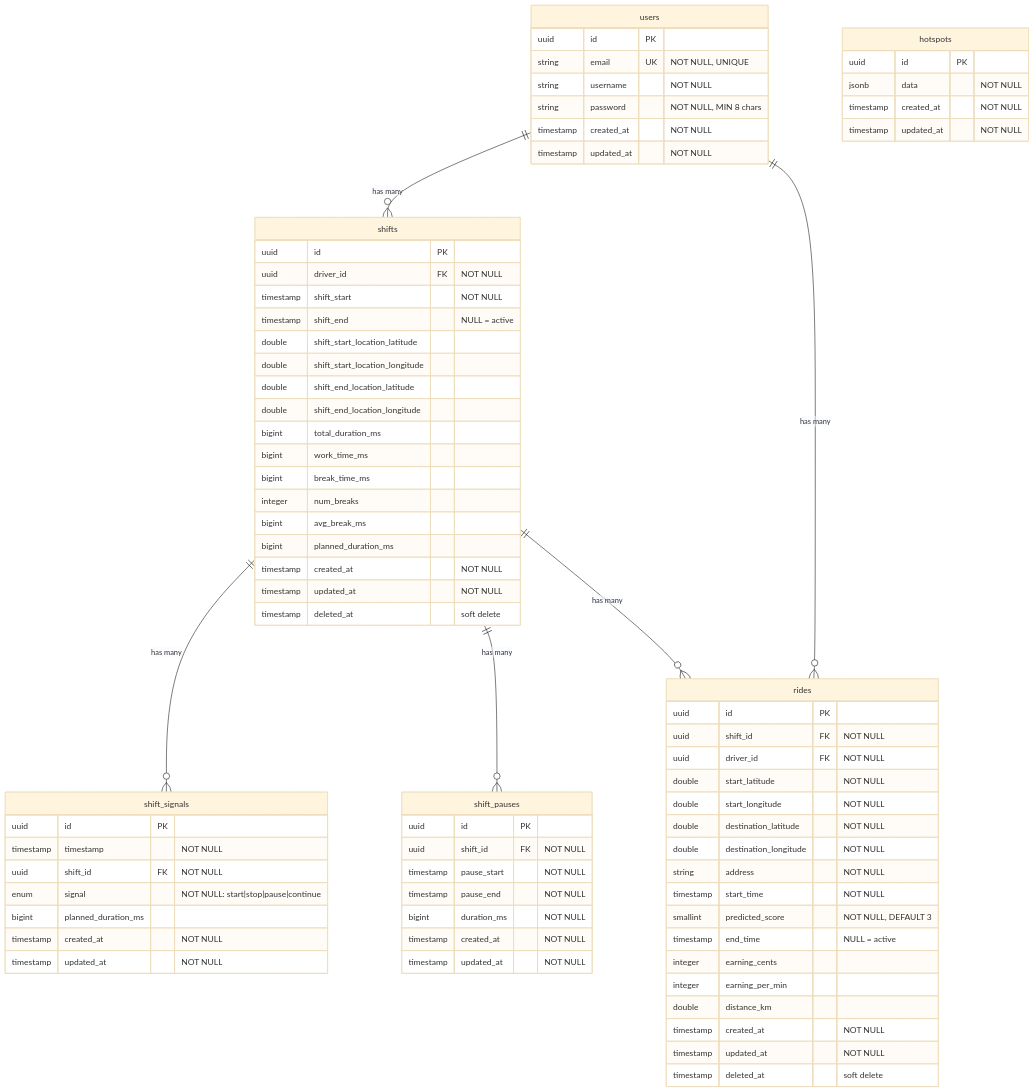
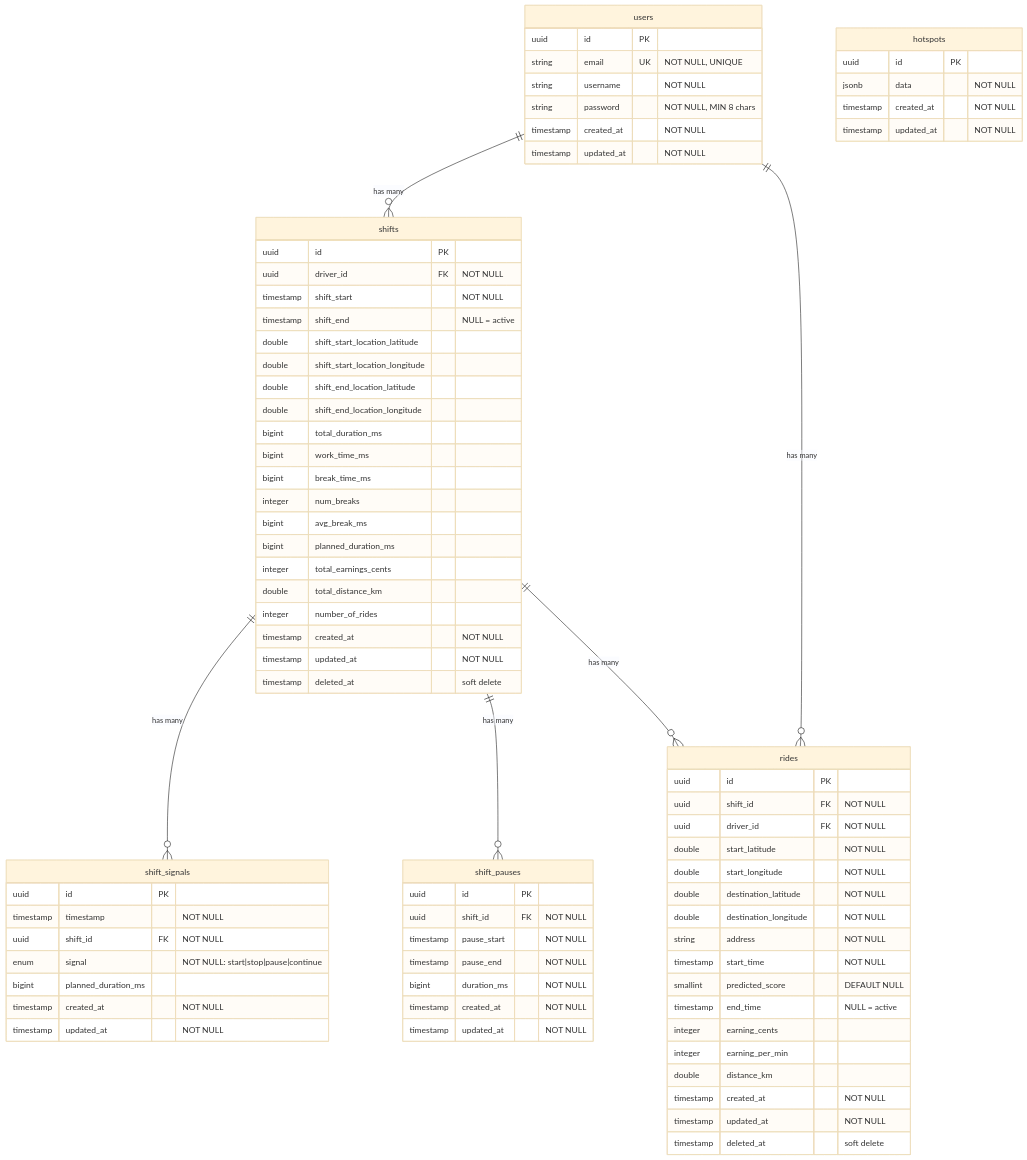
The diagram in apps/backend/documentation/DATABASE_SCHEMA.md (matiasenrigue/Taximize), drawn with Mermaid (base theme) before and after one commit. The commit also changed other lines of this file and 9 other files, not shown here.

```diff
--- a/apps/backend/documentation/DATABASE_SCHEMA.md
+++ b/apps/backend/documentation/DATABASE_SCHEMA.md
@@ -34,6 +34,9 @@
         integer num_breaks
         bigint avg_break_ms
         bigint planned_duration_ms
+        integer total_earnings_cents
+        double total_distance_km
+        integer number_of_rides
         timestamp created_at "NOT NULL"
         timestamp updated_at "NOT NULL"
         timestamp deleted_at "soft delete"
@@ -69,7 +72,7 @@
         double destination_longitude "NOT NULL"
         string address "NOT NULL"
         timestamp start_time "NOT NULL"
-        smallint predicted_score "NOT NULL, DEFAULT 3"
+        smallint predicted_score "DEFAULT NULL"
         timestamp end_time "NULL = active"
         integer earning_cents
         integer earning_per_min
```
